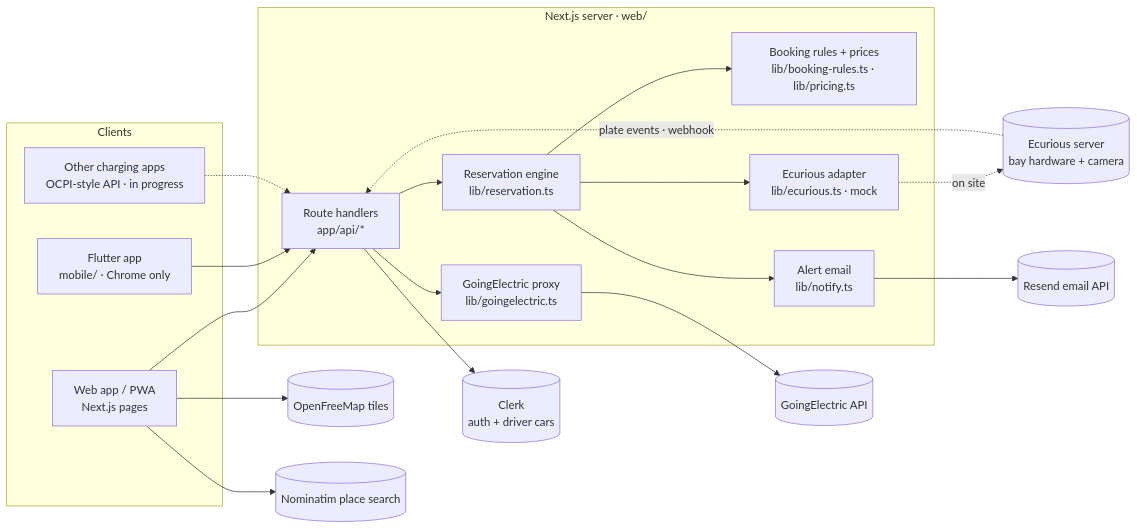
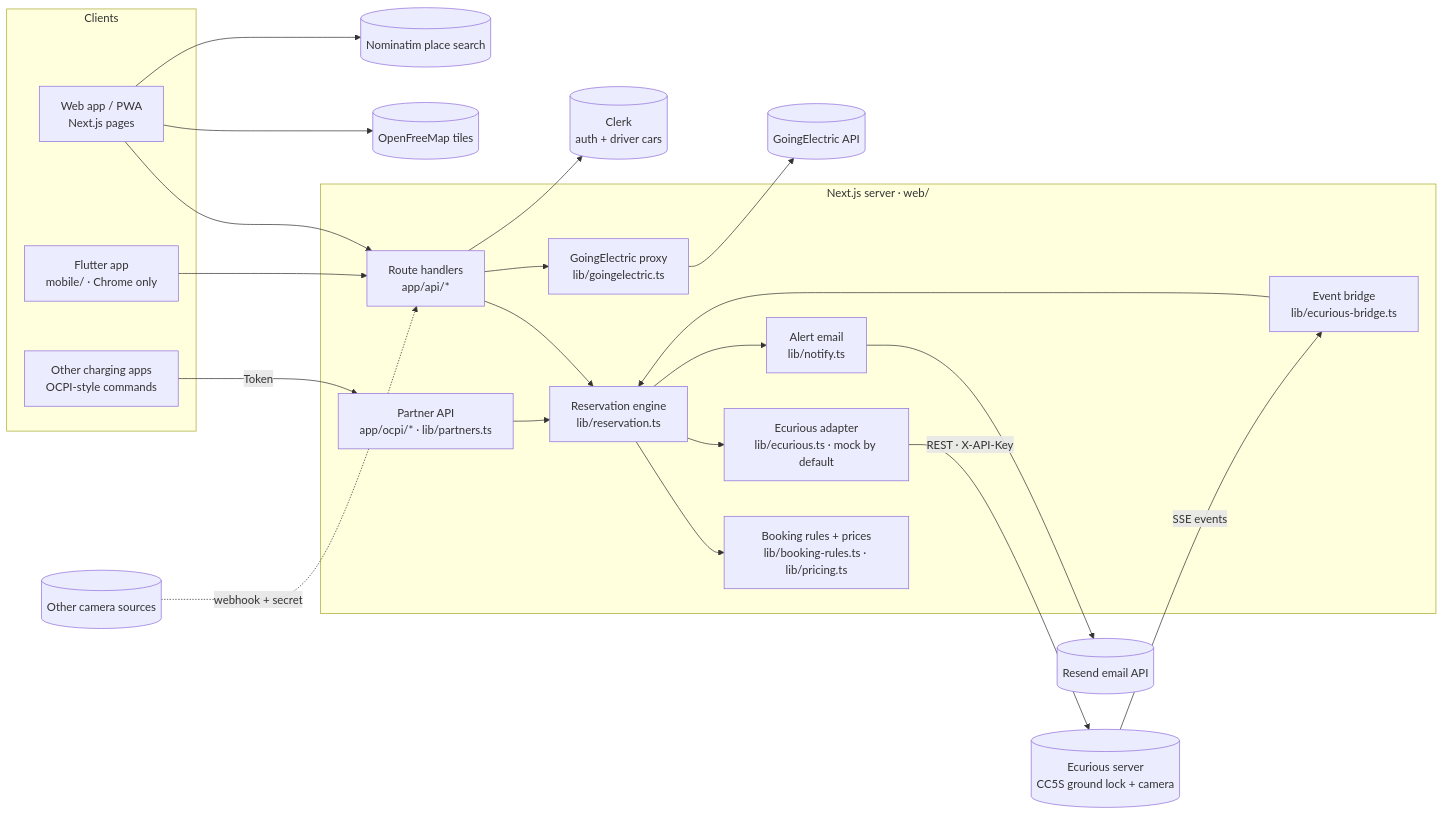
One commit to mohamedaminehamdi/BayWatch changed the diagram in docs/architecture.md. Above: the diagram before and after it, drawn with Mermaid. The commit also changed other lines of this file and 80 other files, not shown here.

````diff
--- a/docs/architecture.md
+++ b/docs/architecture.md
@@ -7,28 +7,31 @@
 ```mermaid
 flowchart LR
   subgraph clients["Clients"]
     WEB["Web app / PWA<br/>Next.js pages"]
     FL["Flutter app<br/>mobile/ · Chrome only"]
-    PARTNER["Other charging apps<br/>OCPI-style API · in progress"]
+    PARTNER["Other charging apps<br/>OCPI-style commands"]
   end
   subgraph server["Next.js server · web/"]
     API["Route handlers<br/>app/api/*"]
+    PAPI["Partner API<br/>app/ocpi/* · lib/partners.ts"]
     RES["Reservation engine<br/>lib/reservation.ts"]
     RULES["Booking rules + prices<br/>lib/booking-rules.ts · lib/pricing.ts"]
-    ADP["Ecurious adapter<br/>lib/ecurious.ts · mock"]
+    ADP["Ecurious adapter<br/>lib/ecurious.ts · mock by default"]
+    BR["Event bridge<br/>lib/ecurious-bridge.ts"]
     GEP["GoingElectric proxy<br/>lib/goingelectric.ts"]
     MAIL["Alert email<br/>lib/notify.ts"]
   end
   WEB --> API
   FL --> API
-  PARTNER -.-> API
+  PARTNER -->|Token| PAPI --> RES
   API --> RES --> RULES
   RES --> ADP
-  ADP -.->|on site| ECU[("Ecurious server<br/>bay hardware + camera")]
-  ECU -.->|plate events · webhook| API
+  ADP -->|REST · X-API-Key| ECU[("Ecurious server<br/>CC5S ground lock + camera")]
+  ECU -->|SSE events| BR --> RES
+  CAMX[("Other camera sources")] -.->|webhook + secret| API
   API --> GEP --> GE[("GoingElectric API")]
   RES --> MAIL --> RESEND[("Resend email API")]
   API --> CLERK[("Clerk<br/>auth + driver cars")]
   WEB --> OFM[("OpenFreeMap tiles")]
   WEB --> NOM[("Nominatim place search")]
 ```
````
